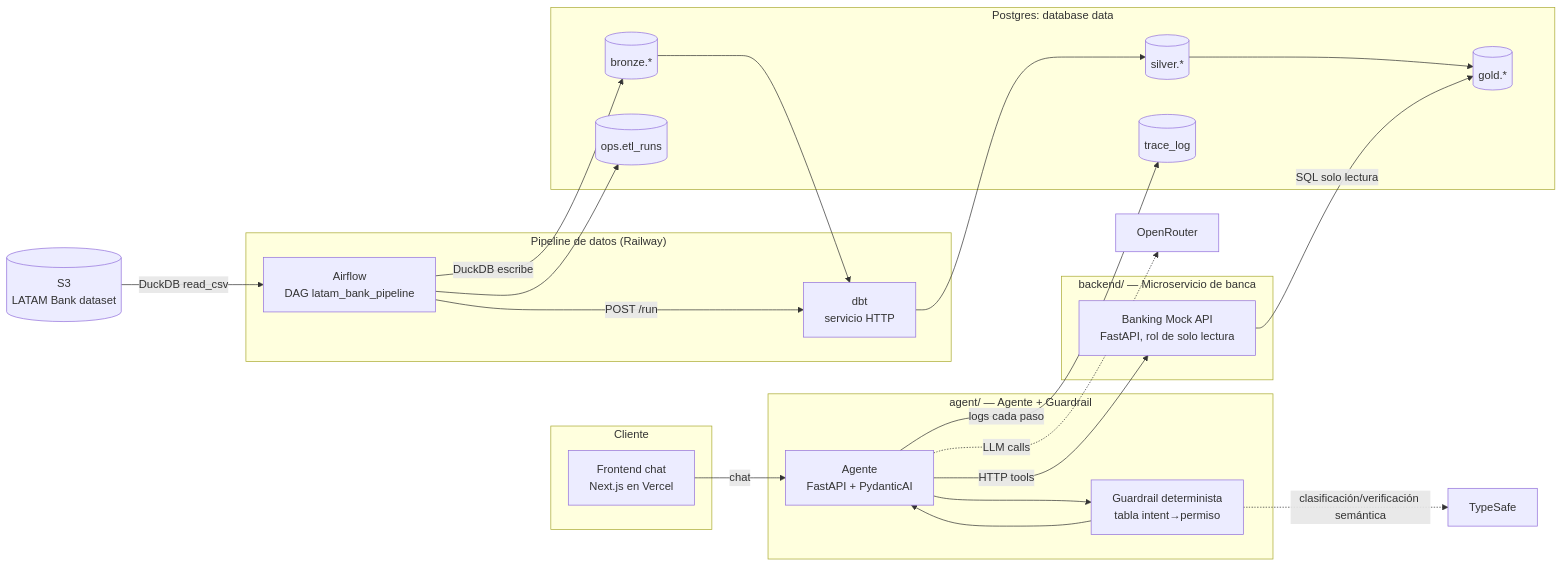
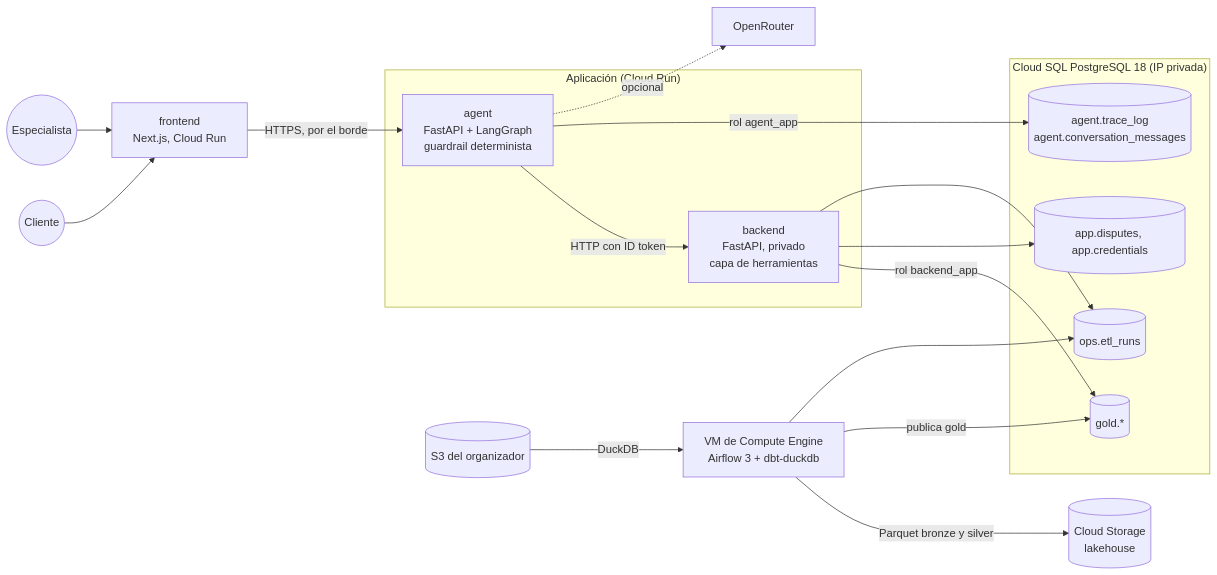
The diagram in spec/ARCHITECTURE.md (diego-rejalas/factored-hackathon-2026-bitcoders), drawn with Mermaid before and after one commit. The commit also changed other lines of this file and 16 other files, not shown here.

````diff
--- a/spec/ARCHITECTURE.md
+++ b/spec/ARCHITECTURE.md
@@ -9,45 +7,30 @@
 ```mermaid
 flowchart LR
-    subgraph client["Cliente"]
-        FE[Frontend chat<br/>Next.js en Vercel]
+    USER((Cliente)) --> FE[frontend<br/>Next.js, Cloud Run]
+    SPEC((Especialista)) --> FE
+    FE -->|HTTPS, por el borde| AGENT
+
+    subgraph app["Aplicación (Cloud Run)"]
+        AGENT[agent<br/>FastAPI + LangGraph<br/>guardrail determinista]
+        BANK[backend<br/>FastAPI, privado<br/>capa de herramientas]
+        AGENT -->|HTTP con ID token| BANK
     end
 
-    subgraph agentv["agent/ — Agente + Guardrail"]
-        AGENT[Agente<br/>FastAPI + PydanticAI]
-        GUARD[Guardrail determinista<br/>tabla intent→permiso]
-        AGENT --> GUARD
-        GUARD --> AGENT
+    subgraph db["Cloud SQL PostgreSQL 18 (IP privada)"]
+        GOLD[(gold.*)]
+        APP[(app.disputes, app.credentials)]
+        OPS[(ops.etl_runs)]
+        AG[(agent.trace_log<br/>agent.conversation_messages)]
     end
 
-    subgraph bankv["backend/ — Microservicio de banca"]
-        BANK[Banking Mock API<br/>FastAPI, rol de solo lectura]
-    end
+    BANK -->|rol backend_app| GOLD
+    BANK --> APP
+    BANK --> OPS
+    AGENT -->|rol agent_app| AG
+    AGENT -.->|opcional| OR[OpenRouter]
 
-    subgraph etlv["Pipeline de datos (Railway)"]
-        AF[Airflow<br/>DAG latam_bank_pipeline]
-        DBT[dbt<br/>servicio HTTP]
-    end
-
-    subgraph data["Postgres: database data"]
-        BRONZE[(bronze.*)]
-        SILVER[(silver.*)]
-        GOLD[(gold.*)]
-        OPS[(ops.etl_runs)]
-        TRACE[(trace_log)]
-    end
-
-    S3[(S3<br/>LATAM Bank dataset)] -->|DuckDB read_csv| AF
-    AF -->|DuckDB escribe| BRONZE
-    AF -->|POST /run| DBT
-    BRONZE --> DBT
-    DBT --> SILVER
-    SILVER --> GOLD
-    AF --> OPS
-
-    FE -->|chat| AGENT
-    AGENT -->|logs cada paso| TRACE
-    AGENT -->|HTTP tools| BANK
-    BANK -->|SQL solo lectura| GOLD
-    AGENT -.->|LLM calls| OR[OpenRouter]
-    GUARD -.->|clasificación/verificación semántica| TS[TypeSafe]
+    S3[(S3 del organizador)] -->|DuckDB| VM[VM de Compute Engine<br/>Airflow 3 + dbt-duckdb]
+    VM -->|Parquet bronze y silver| LAKE[(Cloud Storage<br/>lakehouse)]
+    VM -->|publica gold| GOLD
+    VM --> OPS
 ```
````
